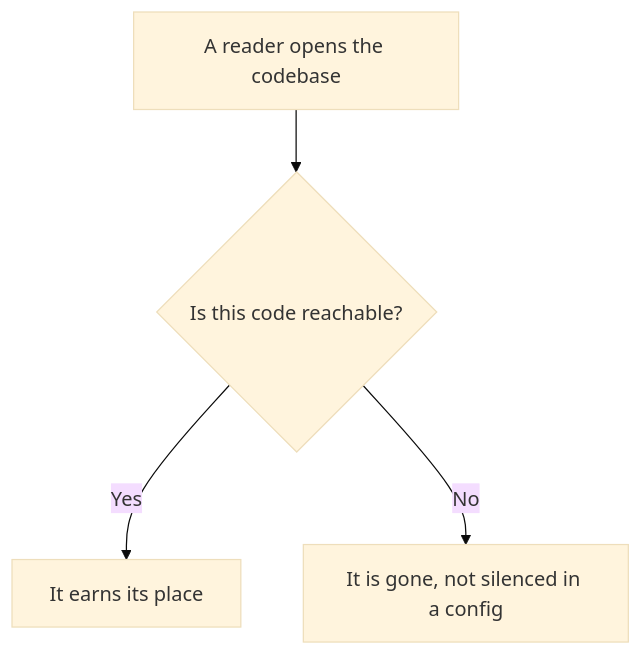
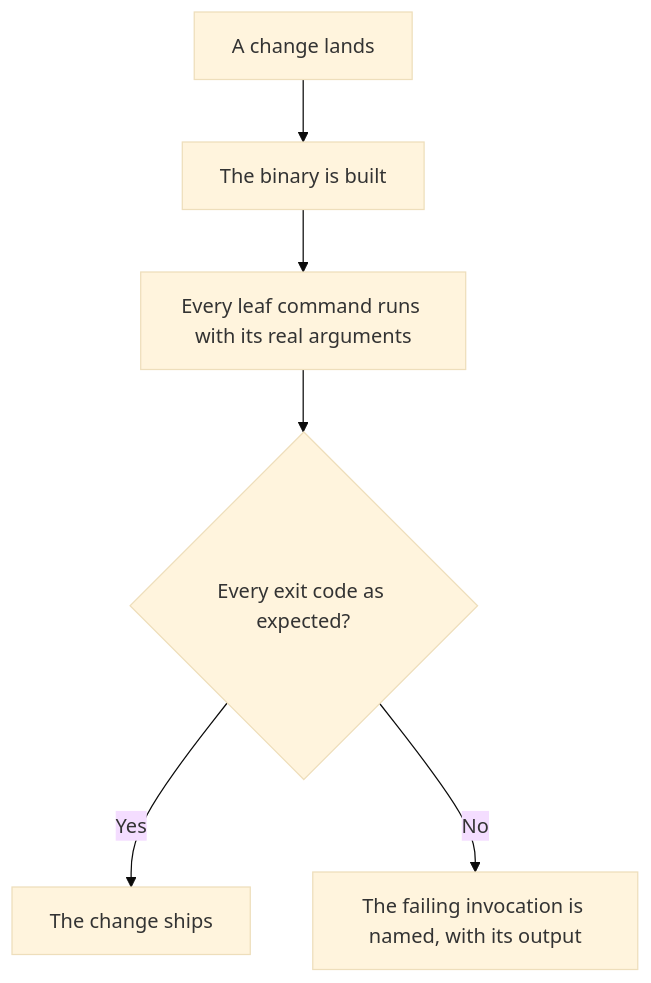
One commit to ai-driven-dev/aidd-framework changed the first of 2 diagrams in cli/aidd_docs/tasks/2026_08/2026_08_20_refactor-contextes-cli/phase-2.md. Above: the diagram before and after it, drawn with Mermaid (base theme). The commit also changed other lines of this file and 19 other files, not shown here.

````diff
--- a/cli/aidd_docs/tasks/2026_08/2026_08_20_refactor-contextes-cli/phase-2.md
+++ b/cli/aidd_docs/tasks/2026_08/2026_08_20_refactor-contextes-cli/phase-2.md
@@ -41,6 +48,8 @@
 ```mermaid
 flowchart TD
-  A[A reader opens the codebase] --> B{Is this code reachable?}
-  B -->|Yes| C[It earns its place]
-  B -->|No| D[It is gone, not silenced in a config]
+  A[A change lands] --> B[The binary is built]
+  B --> C[Every leaf command runs with its real arguments]
+  C --> D{Every exit code as expected?}
+  D -->|Yes| E[The change ships]
+  D -->|No| F[The failing invocation is named, with its output]
 ```
````
